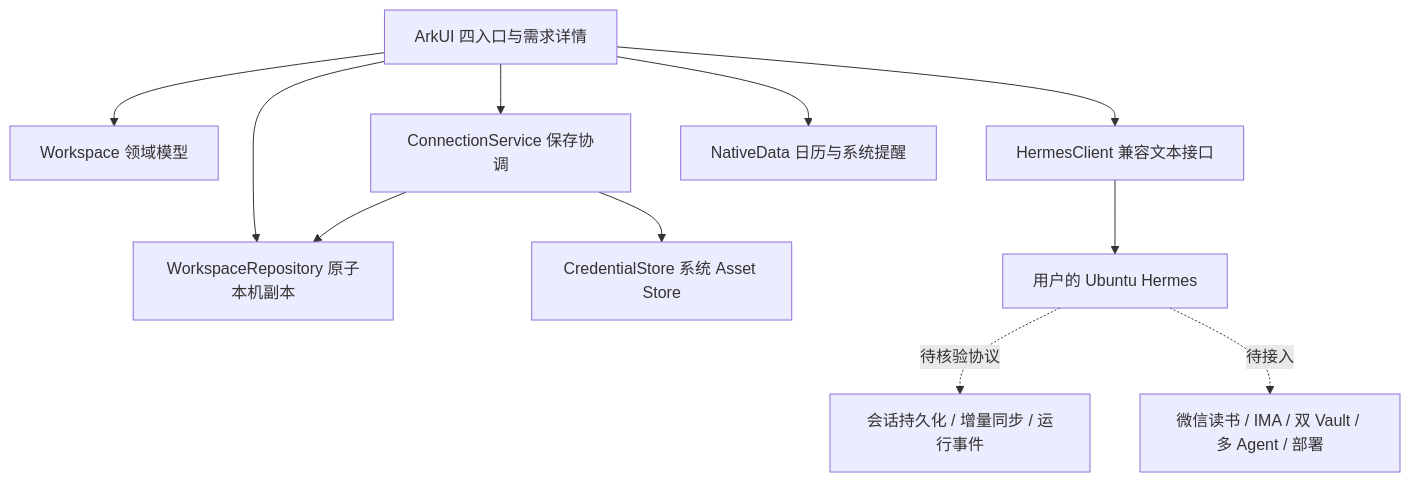
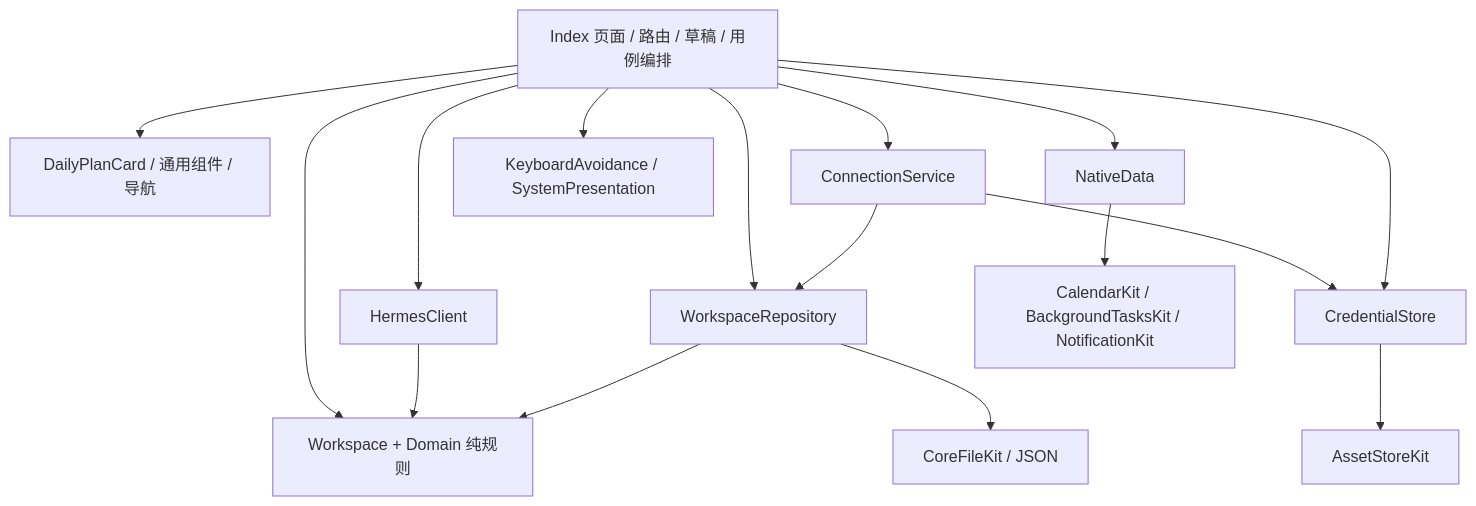
Before and after one commit to BinnW/HermesEye: the second of 5 diagrams in docs/03-architecture.md, drawn with Mermaid. The commit also changed other lines of this file and 87 other files, not shown here.

````diff
--- a/docs/03-architecture.md
+++ b/docs/03-architecture.md
@@ -6,13 +36,18 @@
 ```mermaid
 flowchart TD
- UI[ArkUI 四入口与需求详情] --> W[Workspace 领域模型]
- UI --> R[WorkspaceRepository 原子本机副本]
- UI --> C[ConnectionService 保存协调]
- C --> S[CredentialStore 系统 Asset Store]
- C --> R
- UI --> H[HermesClient 兼容文本接口]
- UI --> N[NativeData 日历与系统提醒]
- H --> Server[用户的 Ubuntu Hermes]
- Server -.待核验协议.-> Sync[会话持久化 / 增量同步 / 运行事件]
- Server -.待接入.-> Integrations[微信读书 / IMA / 双 Vault / 多 Agent / 部署]
+  UI[Index 页面 / 路由 / 草稿 / 用例编排] --> Components[DailyPlanCard / 通用组件 / 导航]
+  UI --> Domain[Workspace + Domain 纯规则]
+  UI --> Repo[WorkspaceRepository]
+  UI --> Connection[ConnectionService]
+  Connection --> Repo
+  Connection --> Credentials[CredentialStore]
+  UI --> Credentials
+  UI --> HTTP[HermesClient]
+  HTTP --> Domain
+  UI --> Native[NativeData]
+  UI --> Presentation[KeyboardAvoidance / SystemPresentation]
+  Repo --> Domain
+  Repo --> File[CoreFileKit / JSON]
+  Credentials --> Asset[AssetStoreKit]
+  Native --> OS[CalendarKit / BackgroundTasksKit / NotificationKit]
 ```
````
